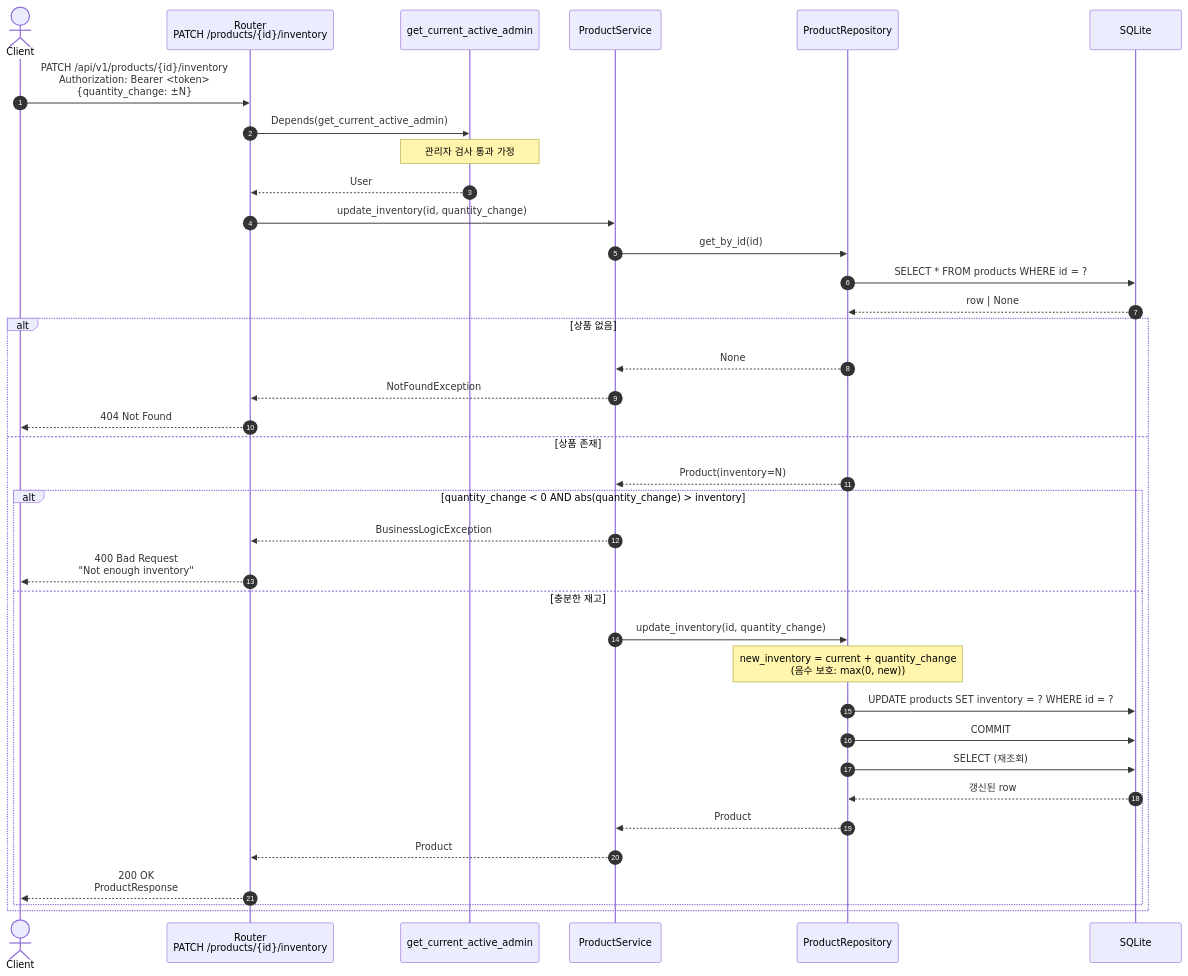
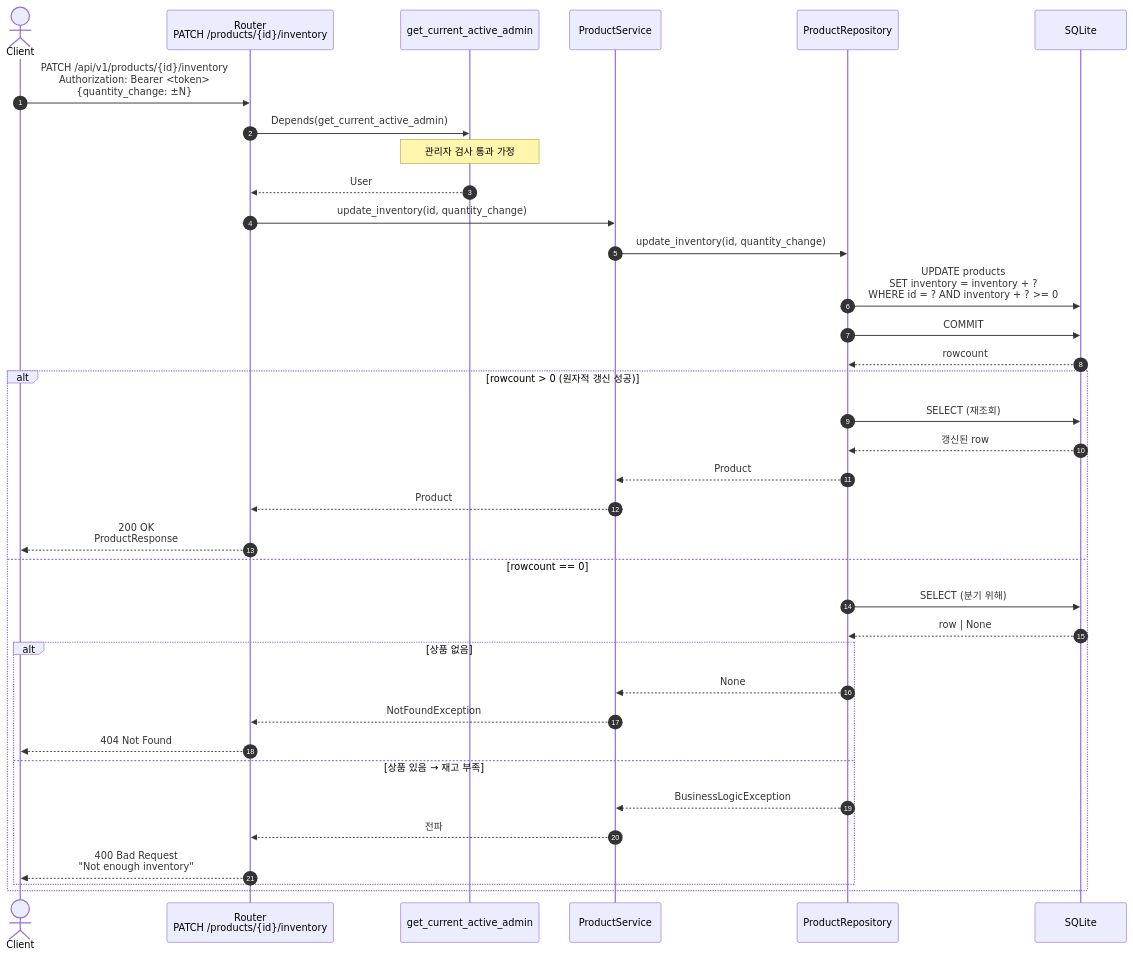
One commit to hjp7461/fastapi-sample changed the fourth of 4 diagrams in docs/diagram/상품_관리_관리자.md. Above: the diagram before and after it, drawn with Mermaid. The commit also changed other lines of this file and 4 other files, not shown here.

````diff
--- a/docs/diagram/상품_관리_관리자.md
+++ b/docs/diagram/상품_관리_관리자.md
@@ -176,42 +176,41 @@
 ```mermaid
 sequenceDiagram
     autonumber
     actor Client
     participant Router as Router<br/>PATCH /products/{id}/inventory
     participant Admin as get_current_active_admin
     participant Service as ProductService
     participant Repo as ProductRepository
     participant DB as SQLite
 
     Client->>Router: PATCH /api/v1/products/{id}/inventory<br/>Authorization: Bearer <token><br/>{quantity_change: ±N}
     Router->>Admin: Depends(get_current_active_admin)
     Note over Admin: 관리자 검사 통과 가정
 
     Admin-->>Router: User
     Router->>Service: update_inventory(id, quantity_change)
-    Service->>Repo: get_by_id(id)
-    Repo->>DB: SELECT * FROM products WHERE id = ?
-    DB-->>Repo: row | None
+    Service->>Repo: update_inventory(id, quantity_change)
+    Repo->>DB: UPDATE products<br/>SET inventory = inventory + ?<br/>WHERE id = ? AND inventory + ? >= 0
+    Repo->>DB: COMMIT
+    DB-->>Repo: rowcount
 
-    alt 상품 없음
-        Repo-->>Service: None
-        Service-->>Router: NotFoundException
-        Router-->>Client: 404 Not Found
-    else 상품 존재
-        Repo-->>Service: Product(inventory=N)
-        alt quantity_change < 0 AND abs(quantity_change) > inventory
-            Service-->>Router: BusinessLogicException
+    alt rowcount > 0 (원자적 갱신 성공)
+        Repo->>DB: SELECT (재조회)
+        DB-->>Repo: 갱신된 row
+        Repo-->>Service: Product
+        Service-->>Router: Product
+        Router-->>Client: 200 OK<br/>ProductResponse
+    else rowcount == 0
+        Repo->>DB: SELECT (분기 위해)
+        DB-->>Repo: row | None
+        alt 상품 없음
+            Repo-->>Service: None
+            Service-->>Router: NotFoundException
+            Router-->>Client: 404 Not Found
+        else 상품 있음 → 재고 부족
+            Repo-->>Service: BusinessLogicException
+            Service-->>Router: 전파
             Router-->>Client: 400 Bad Request<br/>"Not enough inventory"
-        else 충분한 재고
-            Service->>Repo: update_inventory(id, quantity_change)
-            Note over Repo: new_inventory = current + quantity_change<br/>(음수 보호: max(0, new))
-            Repo->>DB: UPDATE products SET inventory = ? WHERE id = ?
-            Repo->>DB: COMMIT
-            Repo->>DB: SELECT (재조회)
-            DB-->>Repo: 갱신된 row
-            Repo-->>Service: Product
-            Service-->>Router: Product
-            Router-->>Client: 200 OK<br/>ProductResponse
         end
     end
 ```
````
